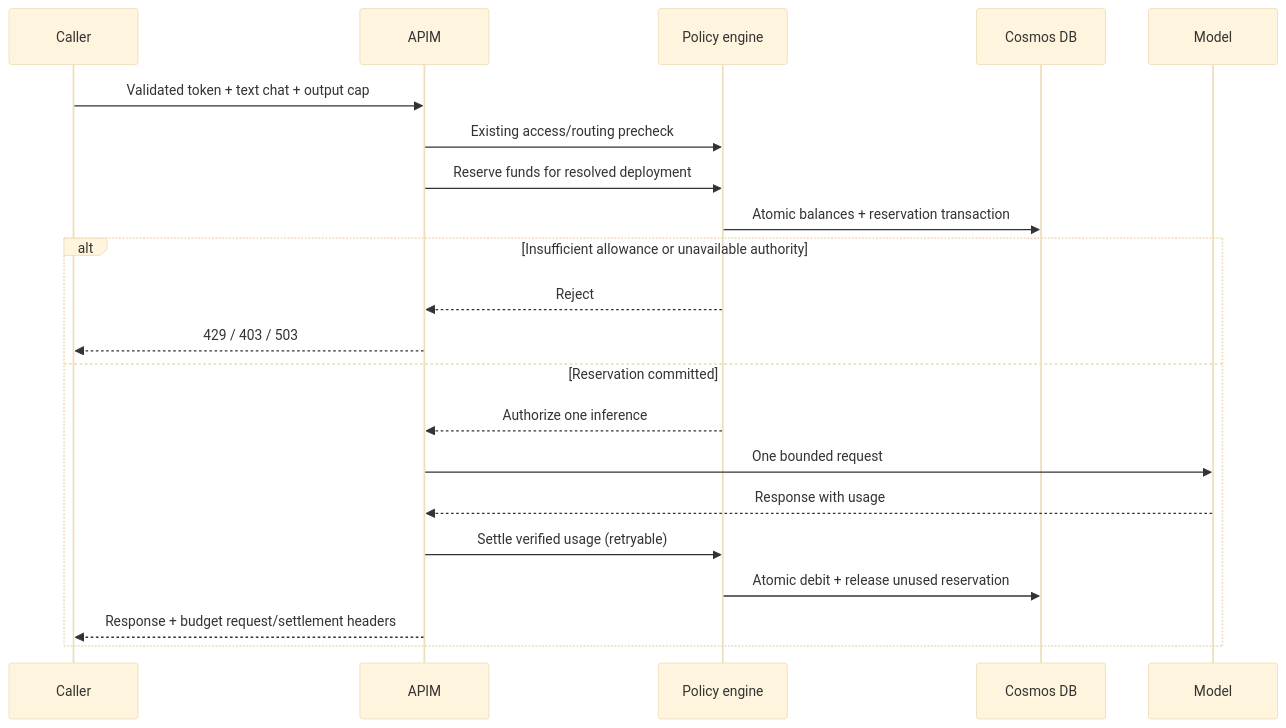
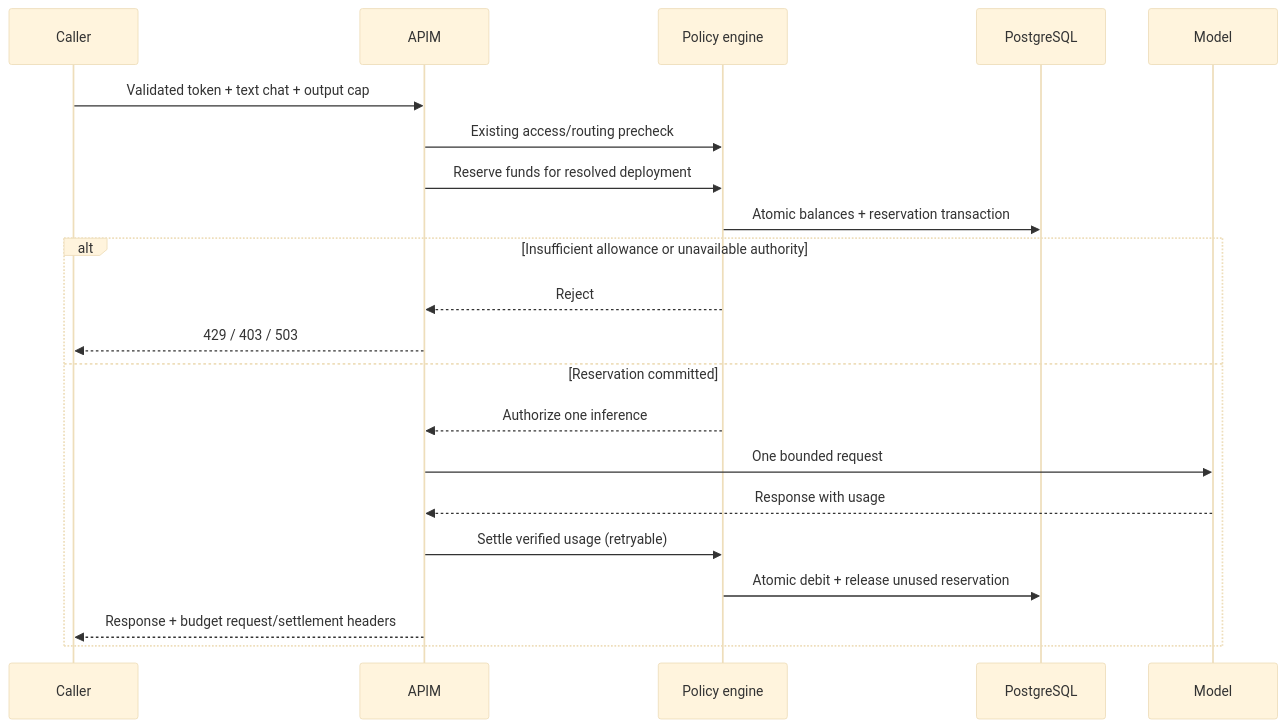
The diagram in docs/USD_BUDGETS.md (ij-23/aigw-with-budget-policy), drawn with Mermaid (base theme) before and after one commit. The commit also changed other lines of this file and 78 other files, not shown here.

Commit message:
feat: replace Cosmos with PostgreSQL and default to Sweden Central

````diff
--- a/docs/USD_BUDGETS.md
+++ b/docs/USD_BUDGETS.md
@@ -30,23 +30,23 @@
 ```mermaid
 sequenceDiagram
     participant C as Caller
     participant G as APIM
     participant E as Policy engine
-    participant D as Cosmos DB
+    participant D as PostgreSQL
     participant M as Model
     C->>G: Validated token + text chat + output cap
     G->>E: Existing access/routing precheck
     G->>E: Reserve funds for resolved deployment
     E->>D: Atomic balances + reservation transaction
     alt Insufficient allowance or unavailable authority
         E-->>G: Reject
         G-->>C: 429 / 403 / 503
     else Reservation committed
         E-->>G: Authorize one inference
         G->>M: One bounded request
         M-->>G: Response with usage
         G->>E: Settle verified usage (retryable)
         E->>D: Atomic debit + release unused reservation
         G-->>C: Response + budget request/settlement headers
     end
 ```
````
